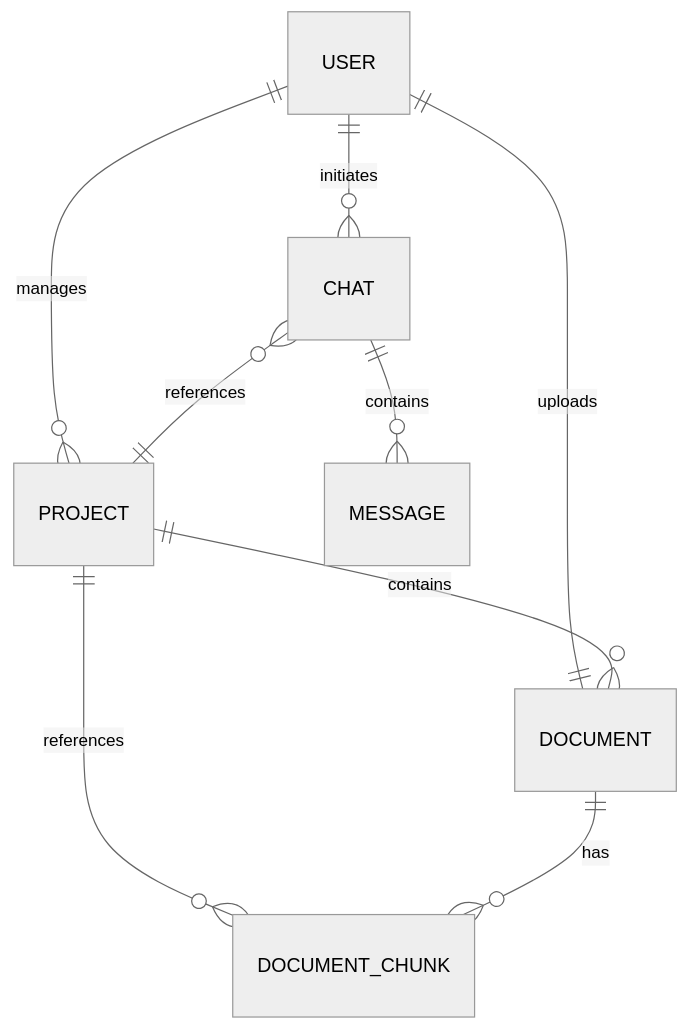
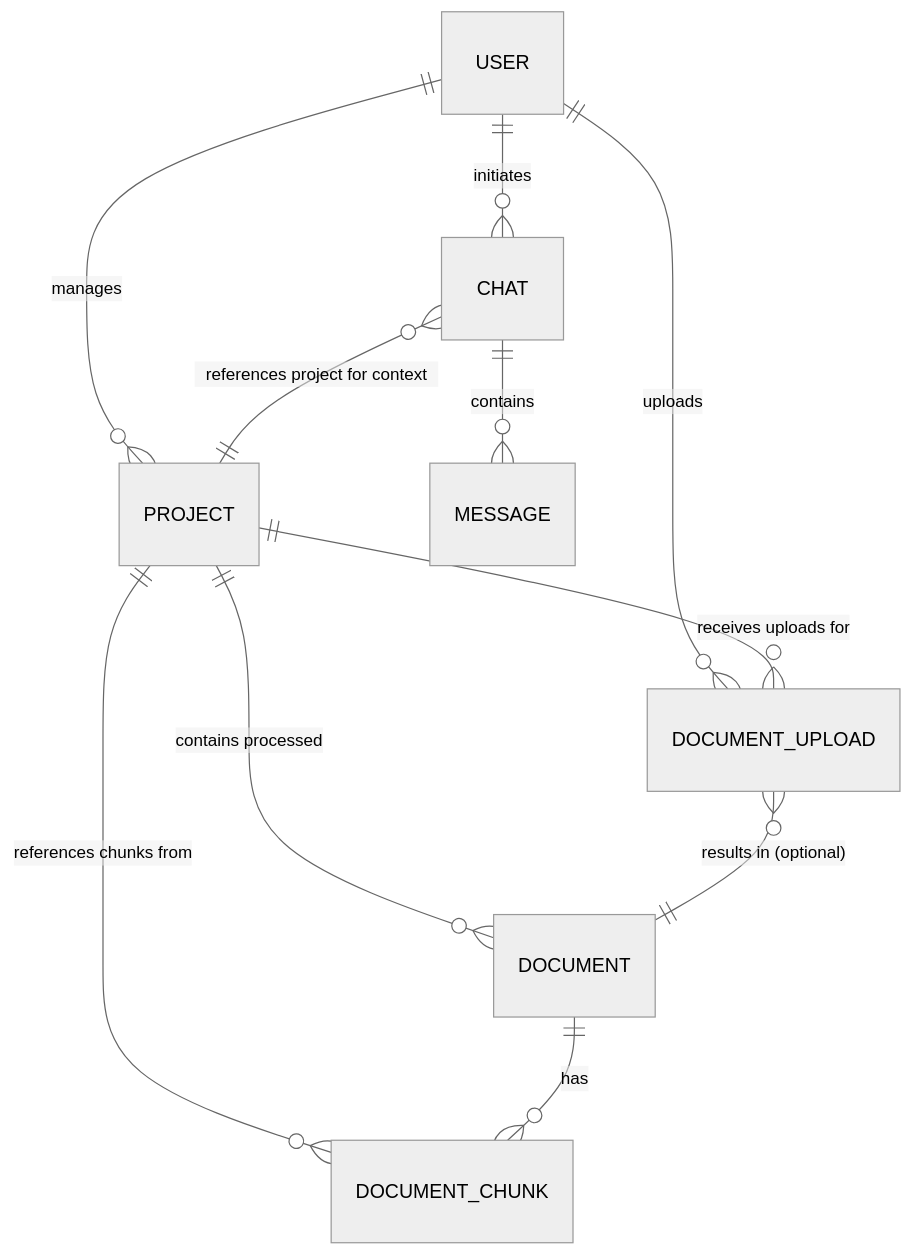
One commit to toilacube/rag-thesis changed the first of 2 diagrams in backend/documents/SYSTEM.md. Above: the diagram before and after it, drawn with Mermaid (neutral theme). The commit also changed other lines of this file and 16 other files, not shown here.

````diff
--- a/backend/documents/SYSTEM.md
+++ b/backend/documents/SYSTEM.md
@@ -20,11 +21,13 @@
 ```mermaid
 erDiagram
     USER ||--o{ PROJECT : "manages"
     USER ||--o{ CHAT : "initiates"
-    USER ||--|| DOCUMENT : "uploads"
-    PROJECT ||--o{ DOCUMENT : "contains"
-    PROJECT ||--o{ DOCUMENT_CHUNK : "references"
+    USER ||--o{ DOCUMENT_UPLOAD : "uploads"
+    PROJECT ||--o{ DOCUMENT_UPLOAD : "receives uploads for"
+    PROJECT ||--o{ DOCUMENT : "contains processed"
+    PROJECT ||--o{ DOCUMENT_CHUNK : "references chunks from"
+    DOCUMENT_UPLOAD }o--|| DOCUMENT : "results in (optional)"
     DOCUMENT ||--o{ DOCUMENT_CHUNK : "has"
     CHAT ||--o{ MESSAGE : "contains"
-    CHAT }o--|| PROJECT : "references"
+    CHAT }o--|| PROJECT : "references project for context"
 ```
````
